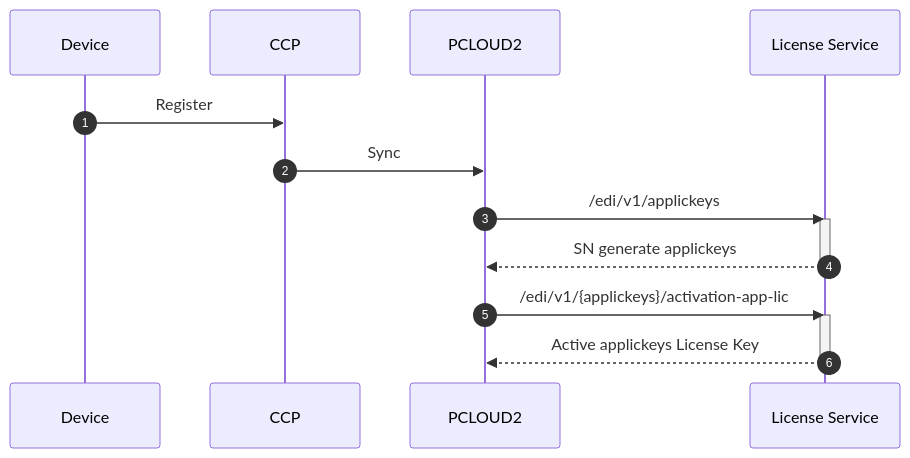
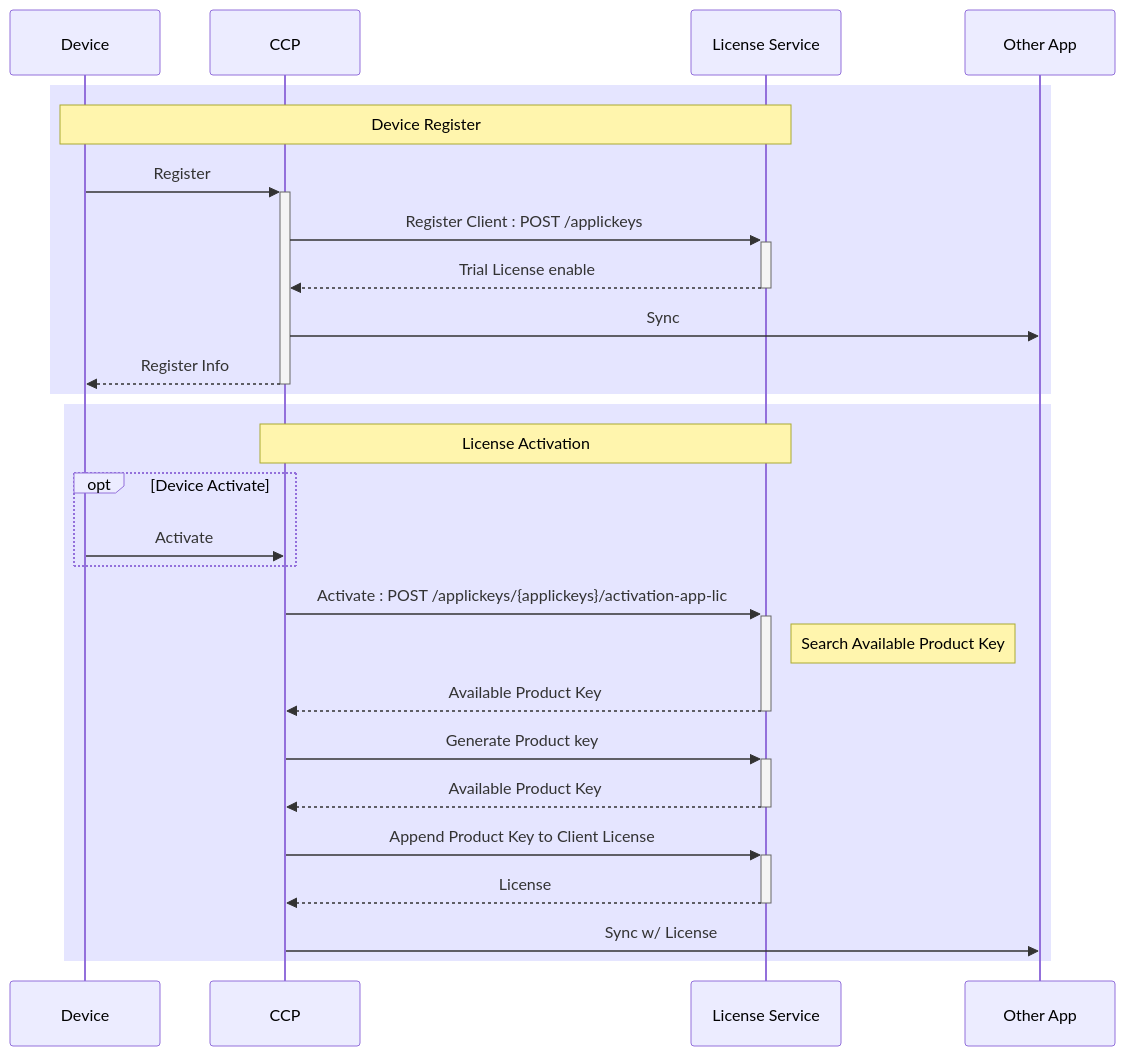
The diagram in content/tw/docs/License Service/_index.md (weiyiao/weiyiao.github.io), drawn with Mermaid before and after one commit. The commit also changed other lines of this file, not shown here.

Commit message:
update License flows

````diff
--- a/content/tw/docs/License Service/_index.md
+++ b/content/tw/docs/License Service/_index.md
@@ -12,20 +13,36 @@
 ```mermaid
 sequenceDiagram
-autonumber
+
 participant Device
 participant CCP
-participant PCLOUD2
 participant LS as License Service
+participant App as Other App
 
-Device ->> CCP : Register
-CCP ->> PCLOUD2 : Sync
-PCLOUD2 ->> LS : /edi/v1/applickeys
-activate LS
-LS -->> PCLOUD2 : SN generate applickeys
-deactivate LS
-PCLOUD2 ->> LS : /edi/v1/{applickeys}/activation-app-lic
-activate LS
-LS -->> PCLOUD2 : Active applickeys License Key
-deactivate LS
+rect rgba(0, 0, 255, .1)
+Note over Device,LS: Device Register
+Device ->> +CCP : Register
+CCP ->> +LS : Register Client : POST /applickeys
+LS -->> -CCP : Trial License enable
+CCP ->> App : Sync
+CCP -->> -Device : Register Info
+end
 
+rect rgba(0, 0, 255, .1)
+Note over CCP,LS: License Activation
+opt Device Activate
+Device ->> CCP: Activate
+end
+CCP ->> +LS : Activate : POST /applickeys/{applickeys}/activation-app-lic
+Note right of LS: Search Available Product Key
+LS -->> -CCP : Available Product Key
+
+CCP ->> +LS : Generate Product key
+LS -->> -CCP : Available Product Key
+
+CCP ->> +LS : Append Product Key to Client License
+LS -->> -CCP : License
+
+CCP ->> App : Sync w/ License
+
+end
 ```
````
